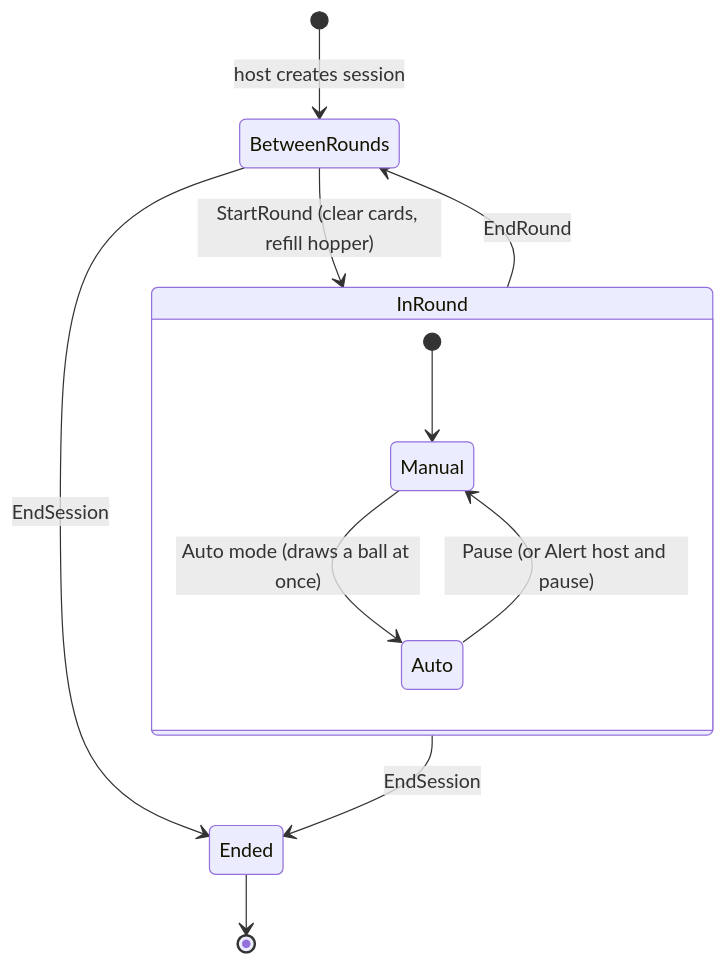
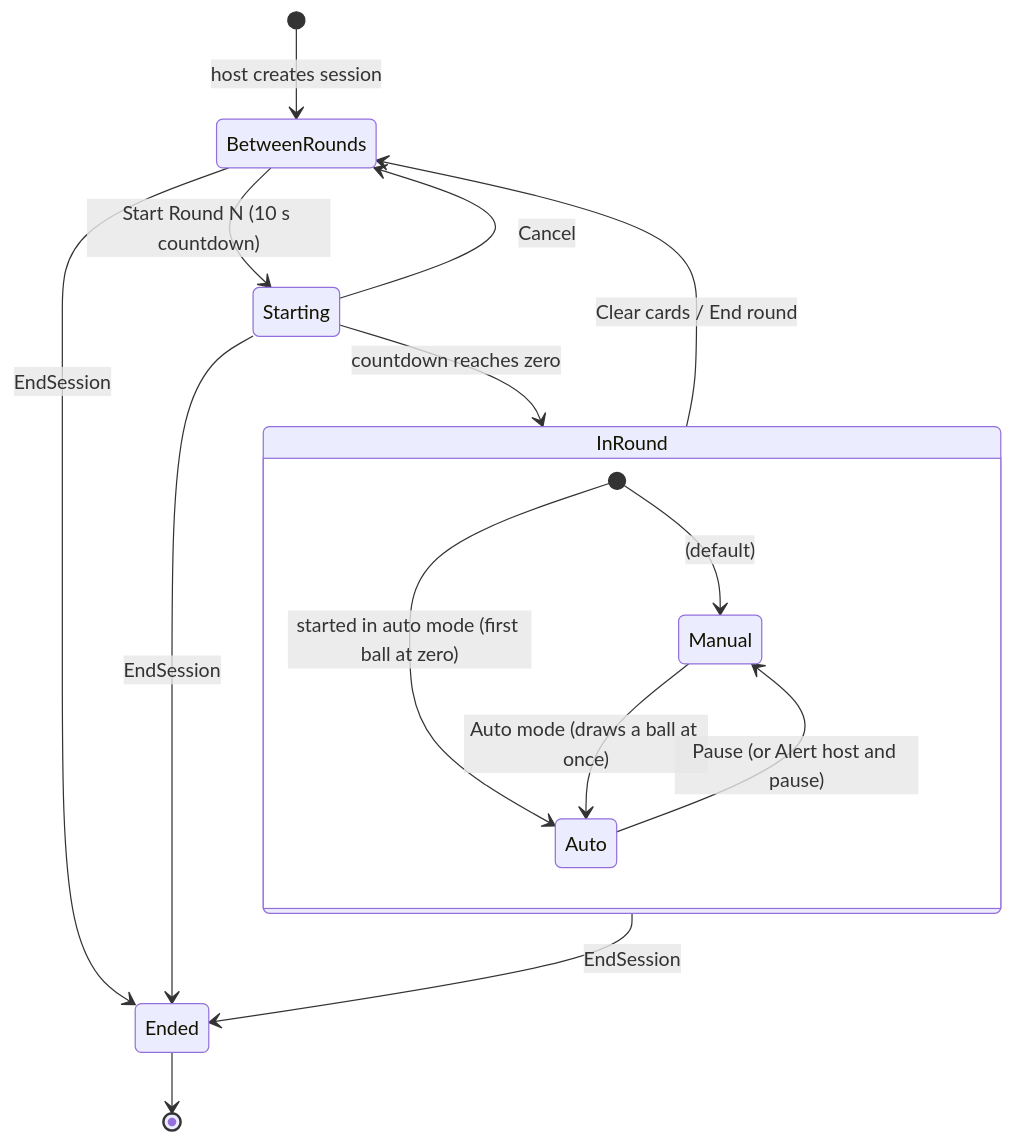
Before and after one commit to icemanjr/SyncBingo: the first of 2 diagrams in docs/03-game-state-machine.md, drawn with Mermaid. The commit also changed other lines of this file and 30 other files, not shown here.

First line of the commit message:
feat: round countdown before every round; Clear cards returns to the lobby (#20)

````diff
--- a/docs/03-game-state-machine.md
+++ b/docs/03-game-state-machine.md
@@ -5,14 +5,18 @@
 ```mermaid
 stateDiagram-v2
     [*] --> BetweenRounds : host creates session
-    BetweenRounds --> InRound : StartRound (clear cards, refill hopper)
+    BetweenRounds --> Starting : Start Round N (10 s countdown)
+    Starting --> BetweenRounds : Cancel
+    Starting --> InRound : countdown reaches zero
     state InRound {
-        [*] --> Manual
+        [*] --> Manual : (default)
+        [*] --> Auto : started in auto mode (first ball at zero)
         Manual --> Auto : Auto mode (draws a ball at once)
         Auto --> Manual : Pause (or Alert host and pause)
     }
-    InRound --> BetweenRounds : EndRound
+    InRound --> BetweenRounds : Clear cards / End round
     BetweenRounds --> Ended : EndSession
+    Starting --> Ended : EndSession
     InRound --> Ended : EndSession
     Ended --> [*]
 ```
````
